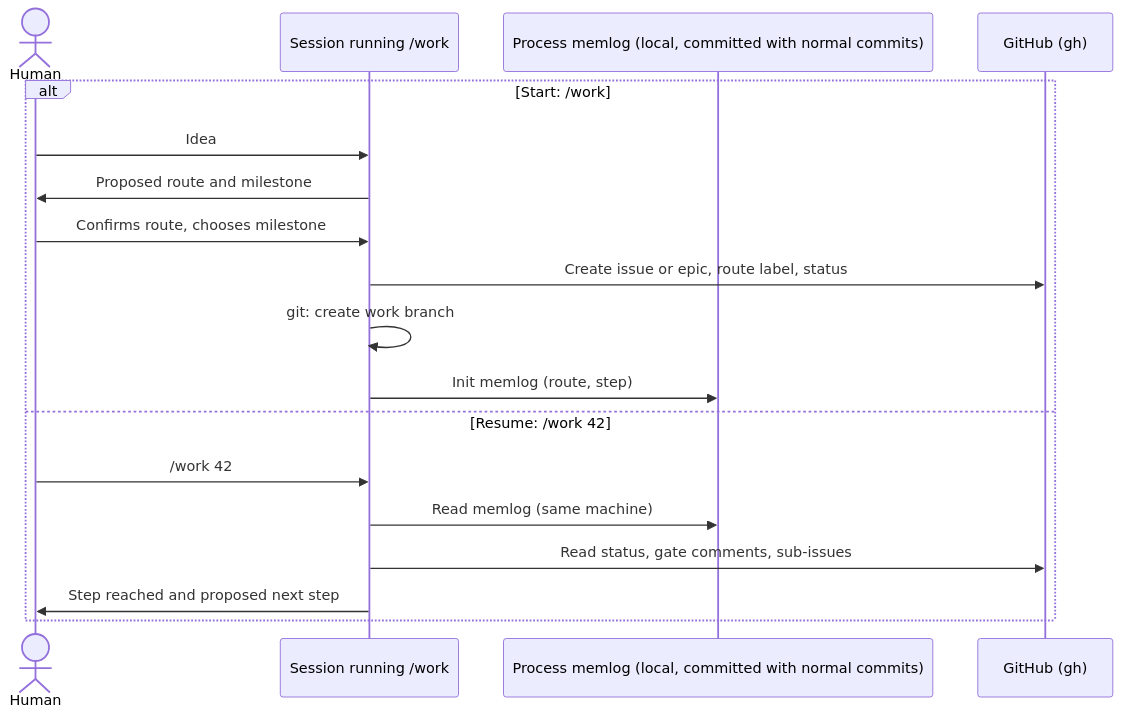
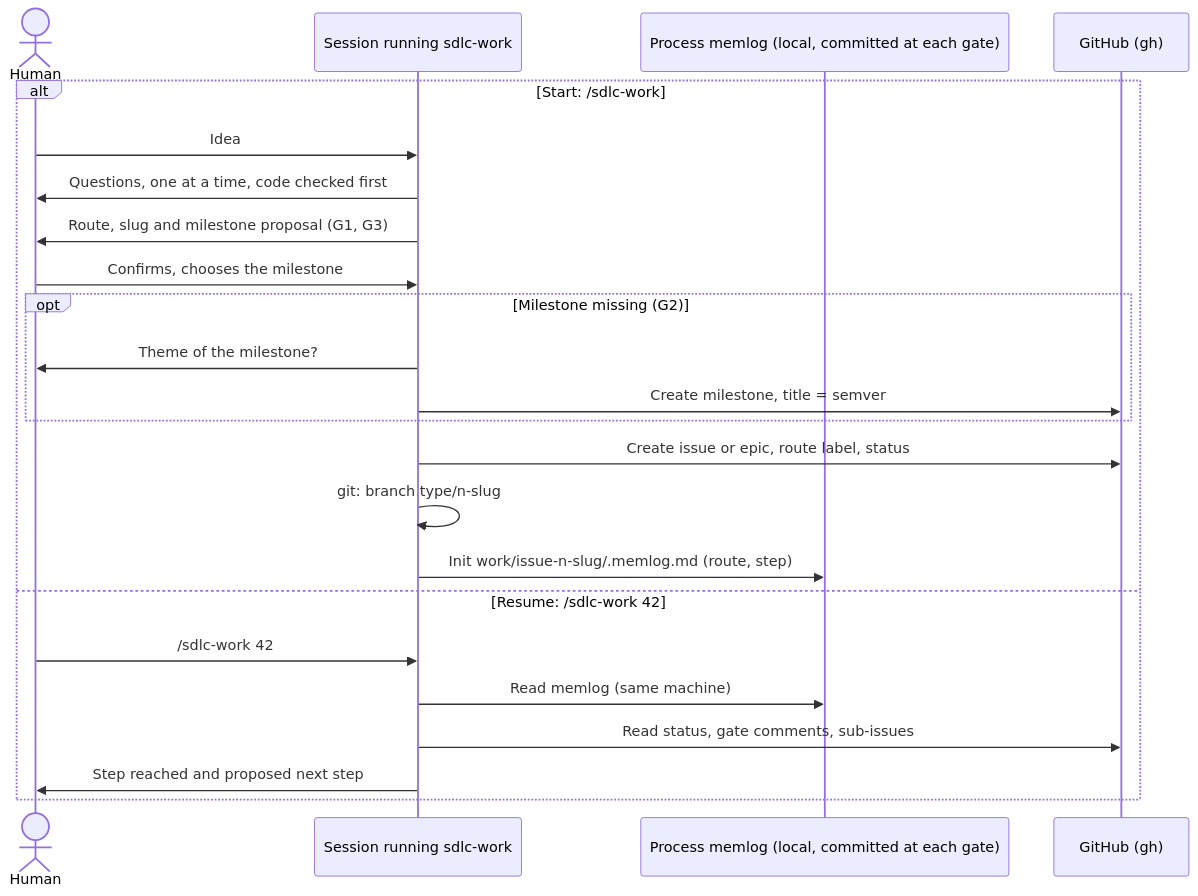
Before and after one commit to mathieubodin/scaleway-manager: the first of 4 diagrams in _bmad-output/brainstorming/brainstorm-sdlc-local-workflow-2026-10-16/sequence-long-process.md, drawn with Mermaid. The commit also changed other lines of this file and 7 other files, not shown here.

First line of the commit message:
docs(process): move corrected sequence diagrams into the brainstorm

````diff
--- a/_bmad-output/brainstorming/brainstorm-sdlc-local-workflow-2026-10-16/sequence-long-process.md
+++ b/_bmad-output/brainstorming/brainstorm-sdlc-local-workflow-2026-10-16/sequence-long-process.md
@@ -23,21 +25,26 @@
 ```mermaid
 sequenceDiagram
     actor H as Human
-    participant W as Session running /work
-    participant M as Process memlog (local, committed with normal commits)
+    participant W as Session running sdlc-work
+    participant M as Process memlog (local, committed at each gate)
     participant G as GitHub (gh)
 
-    alt Start: /work
+    alt Start: /sdlc-work
         H->>W: Idea
-        W->>H: Proposed route and milestone
-        H->>W: Confirms route, chooses milestone
+        W->>H: Questions, one at a time, code checked first
+        W->>H: Route, slug and milestone proposal (G1, G3)
+        H->>W: Confirms, chooses the milestone
+        opt Milestone missing (G2)
+            W->>H: Theme of the milestone?
+            W->>G: Create milestone, title = semver
+        end
         W->>G: Create issue or epic, route label, status
-        W->>W: git: create work branch
-        W->>M: Init memlog (route, step)
-    else Resume: /work 42
-        H->>W: /work 42
+        W->>W: git: branch type/n-slug
+        W->>M: Init work/issue-n-slug/.memlog.md (route, step)
+    else Resume: /sdlc-work 42
+        H->>W: /sdlc-work 42
         W->>M: Read memlog (same machine)
         W->>G: Read status, gate comments, sub-issues
         W->>H: Step reached and proposed next step
     end
 ```
````
